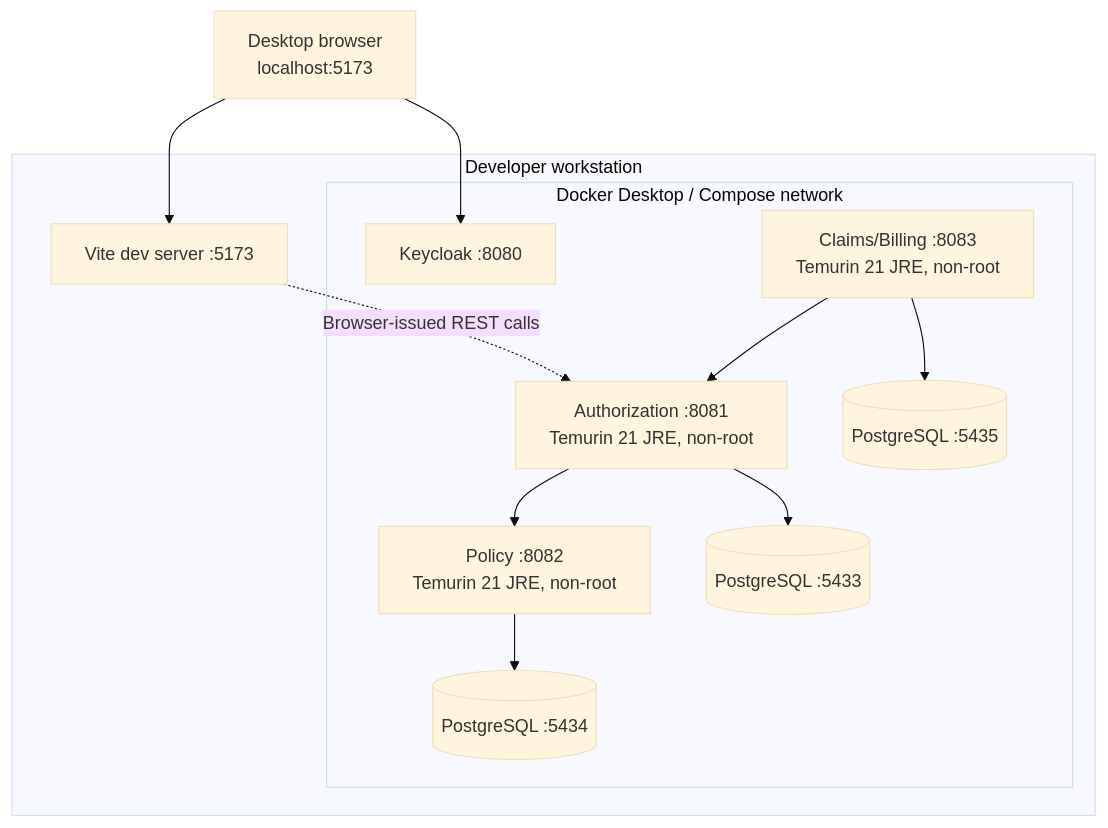
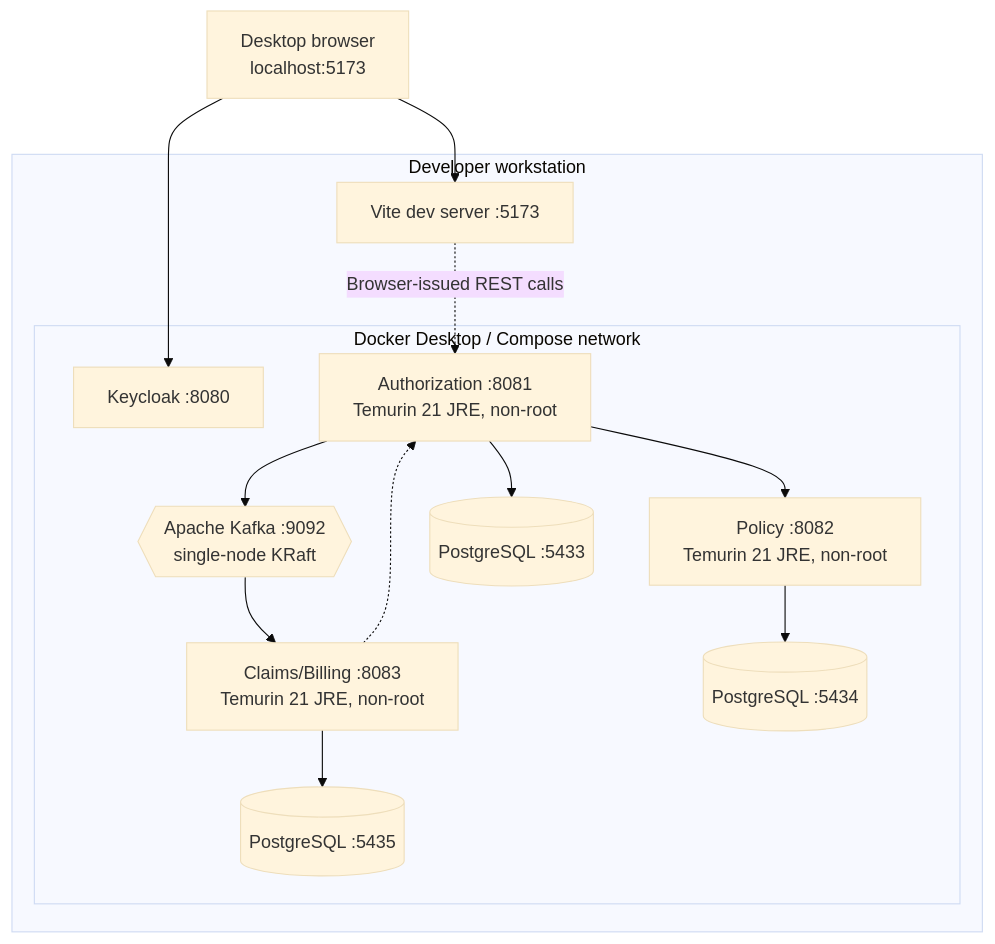
One commit to aydindemir1/health-insurance-platform changed the diagram in docs/architecture/local-deployment.md. Above: the diagram before and after it, drawn with Mermaid (base theme). The commit also changed 12 other files, not shown here.

````diff
--- a/docs/architecture/local-deployment.md
+++ b/docs/architecture/local-deployment.md
@@ -3,26 +3,29 @@
 ```mermaid
 flowchart TB
     Browser["Desktop browser<br/>localhost:5173"]
 
     subgraph Host["Developer workstation"]
         Vite["Vite dev server :5173"]
         subgraph Docker["Docker Desktop / Compose network"]
             Keycloak["Keycloak :8080"]
             Auth["Authorization :8081<br/>Temurin 21 JRE, non-root"]
             Policy["Policy :8082<br/>Temurin 21 JRE, non-root"]
             Claims["Claims/Billing :8083<br/>Temurin 21 JRE, non-root"]
+            Kafka{{"Apache Kafka :9092<br/>single-node KRaft"}}
             AuthDb[("PostgreSQL :5433")]
             PolicyDb[("PostgreSQL :5434")]
             ClaimsDb[("PostgreSQL :5435")]
         end
     end
 
     Browser --> Vite
     Browser --> Keycloak
     Vite -.->|"Browser-issued REST calls"| Auth
     Auth --> Policy
-    Claims --> Auth
+    Auth --> Kafka
+    Kafka --> Claims
+    Claims -.-> Auth
     Auth --> AuthDb
     Policy --> PolicyDb
     Claims --> ClaimsDb
 ```
````
